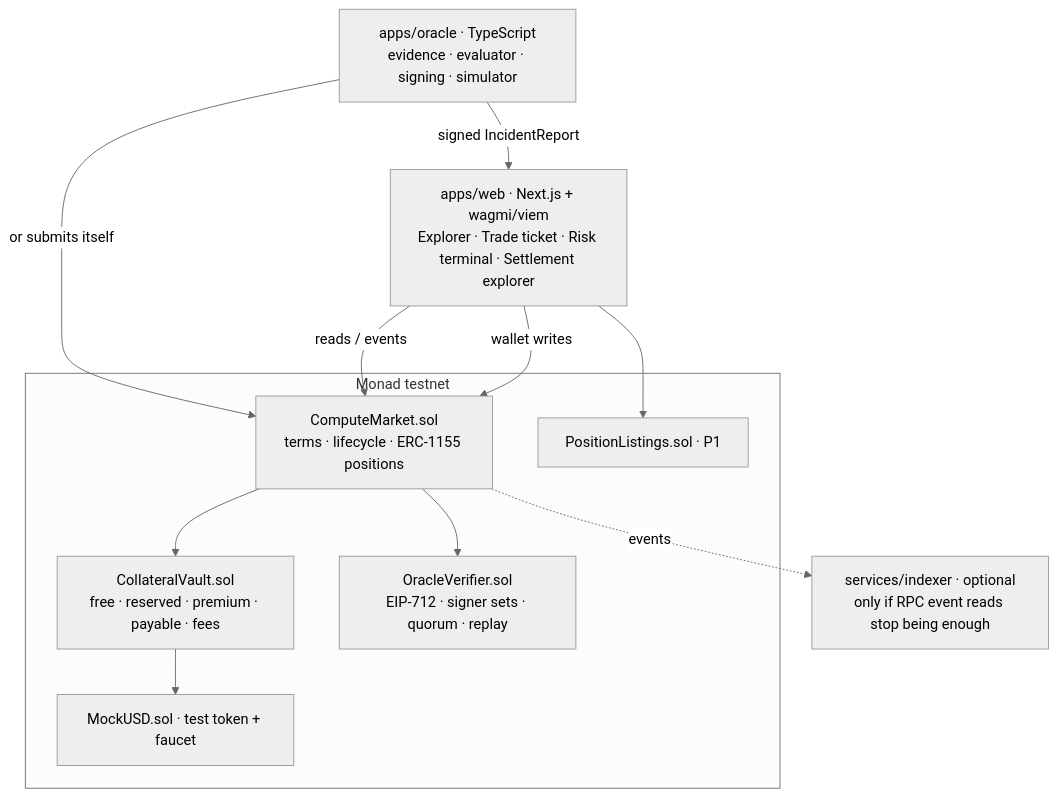
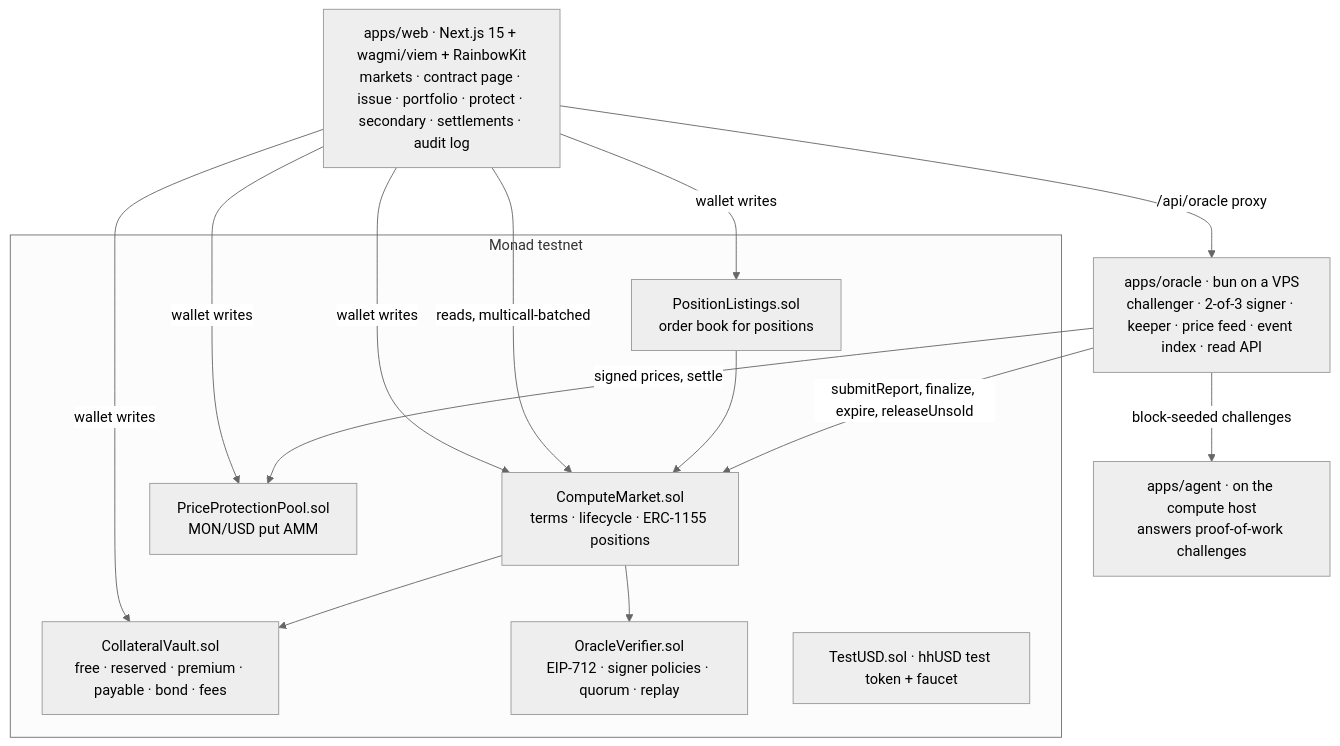
Before and after one commit to Venkat5599/Mn: the first of 2 diagrams in docs/ARCHITECTURE.md, drawn with Mermaid (neutral theme). The commit also changed other lines of this file and 12 other files, not shown here.

First line of the commit message:
Release gate: live dispute run from three fresh wallets, evidence map, as-built docs

````diff
--- a/docs/ARCHITECTURE.md
+++ b/docs/ARCHITECTURE.md
@@ -9,22 +9,23 @@
 ```mermaid
 flowchart TB
-  W[apps/web · Next.js + wagmi/viem<br/>Explorer · Trade ticket · Risk terminal · Settlement explorer]
+  W[apps/web · Next.js 15 + wagmi/viem + RainbowKit<br/>markets · contract page · issue · portfolio · protect · secondary · settlements · audit log]
   subgraph Monad testnet
     CM[ComputeMarket.sol<br/>terms · lifecycle · ERC-1155 positions]
-    V[CollateralVault.sol<br/>free · reserved · premium · payable · fees]
-    OV[OracleVerifier.sol<br/>EIP-712 · signer sets · quorum · replay]
-    PL[PositionListings.sol · P1]
-    T[MockUSD.sol · test token + faucet]
+    V[CollateralVault.sol<br/>free · reserved · premium · payable · bond · fees]
+    OV[OracleVerifier.sol<br/>EIP-712 · signer policies · quorum · replay]
+    PL[PositionListings.sol<br/>order book for positions]
+    PP[PriceProtectionPool.sol<br/>MON/USD put AMM]
+    T[TestUSD.sol · hhUSD test token + faucet]
   end
-  O[apps/oracle · TypeScript<br/>evidence · evaluator · signing · simulator]
-  I[services/indexer · optional<br/>only if RPC event reads stop being enough]
-  W -->|wallet writes| CM
-  W -->|reads / events| CM
-  W --> PL
+  A[apps/agent · on the compute host<br/>answers proof-of-work challenges]
+  O[apps/oracle · bun on a VPS<br/>challenger · 2-of-3 signer · keeper · price feed · event index · read API]
+  W -->|wallet writes| CM & PL & PP & V
+  W -->|reads, multicall-batched| CM
+  W -->|/api/oracle proxy| O
   CM --> V
   CM --> OV
-  V --> T
-  O -->|signed IncidentReport| W
-  O -->|or submits itself| CM
-  CM -. events .-> I
+  PL --> CM
+  O -->|block-seeded challenges| A
+  O -->|submitReport, finalize, expire, releaseUnsold| CM
+  O -->|signed prices, settle| PP
 ```
````
